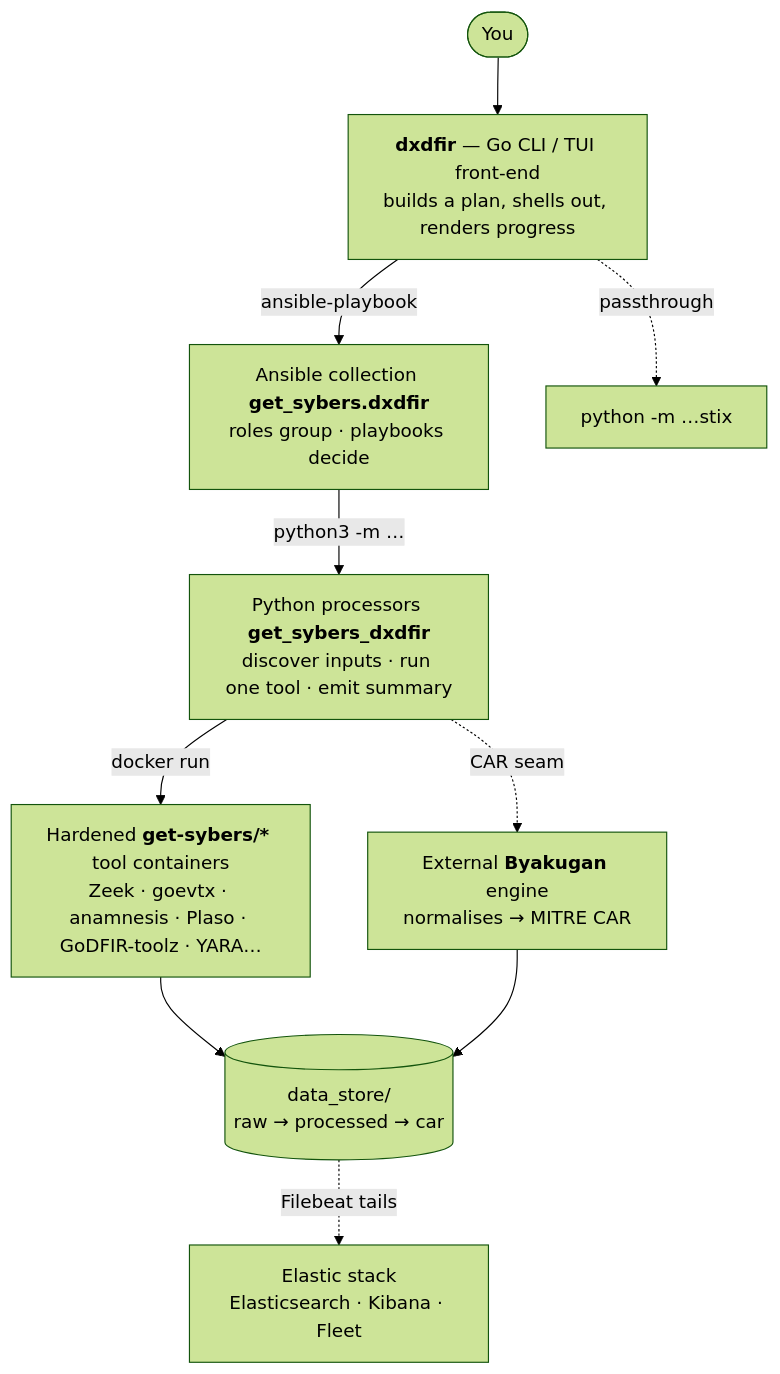
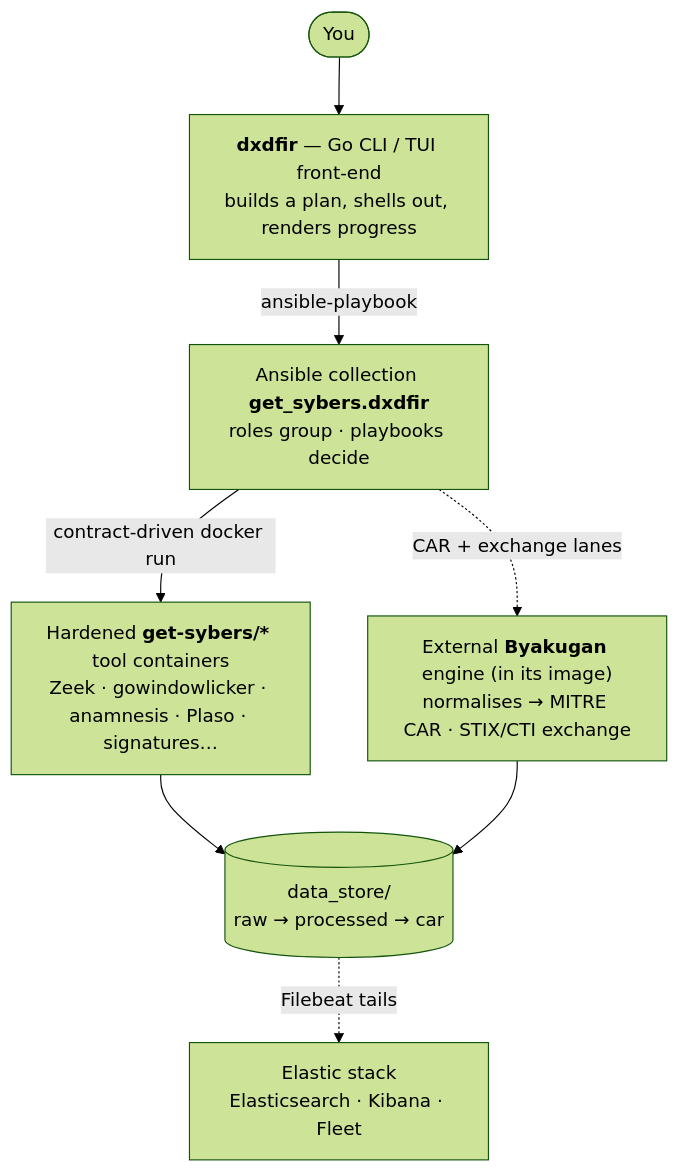
Before and after one commit to Get-Sybers/DX_DFIR: the diagram in docs/architecture/README.md, drawn with Mermaid (forest theme). The commit also changed other lines of this file and 105 other files, not shown here.

````diff
--- a/docs/architecture/README.md
+++ b/docs/architecture/README.md
@@ -10,12 +10,10 @@
 ```mermaid
 flowchart TD
     U([You]) --> CLI["<b>dxdfir</b> — Go CLI / TUI front-end<br/>builds a plan, shells out, renders progress"]
     CLI -->|ansible-playbook| ANS["Ansible collection <b>get_sybers.dxdfir</b><br/>roles group · playbooks decide"]
-    CLI -.->|passthrough| STIX["python -m …stix"]
-    ANS -->|python3 -m …| PY["Python processors <b>get_sybers_dxdfir</b><br/>discover inputs · run one tool · emit summary"]
-    PY -->|docker run| DK["Hardened <b>get-sybers/*</b> tool containers<br/>Zeek · goevtx · anamnesis · Plaso · GoDFIR-toolz · YARA…"]
-    PY -.->|CAR seam| BYA["External <b>Byakugan</b> engine<br/>normalises → MITRE CAR"]
+    ANS -->|contract-driven docker run| DK["Hardened <b>get-sybers/*</b> tool containers<br/>Zeek · gowindowlicker · anamnesis · Plaso · signatures…"]
+    ANS -.->|CAR + exchange lanes| BYA["External <b>Byakugan</b> engine (in its image)<br/>normalises → MITRE CAR · STIX/CTI exchange"]
     DK --> FS[("data_store/<br/>raw → processed → car")]
     BYA --> FS
     FS -.->|Filebeat tails| ES["Elastic stack<br/>Elasticsearch · Kibana · Fleet"]
 ```
````
